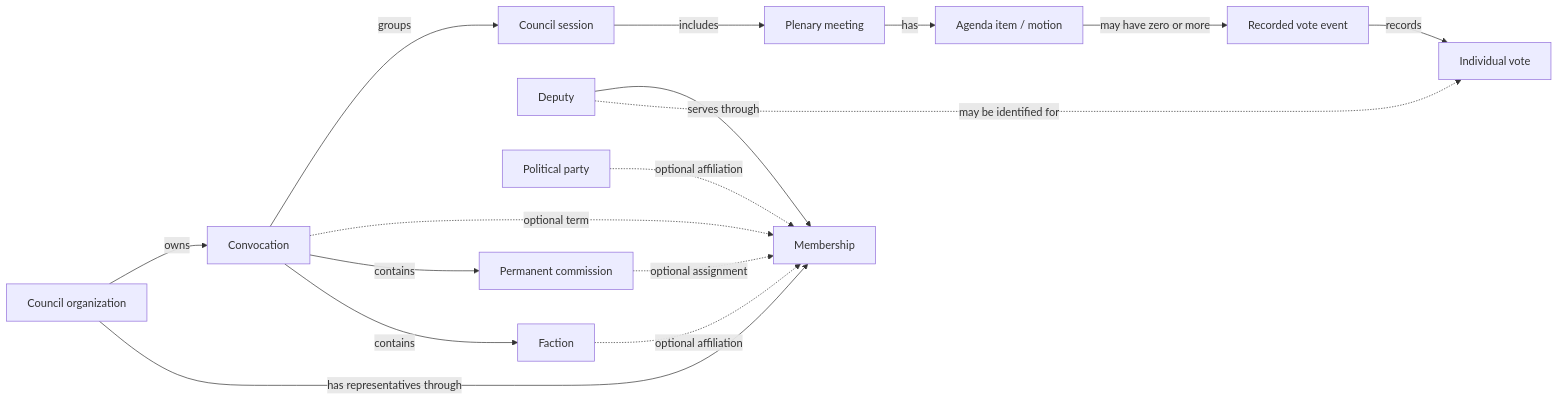
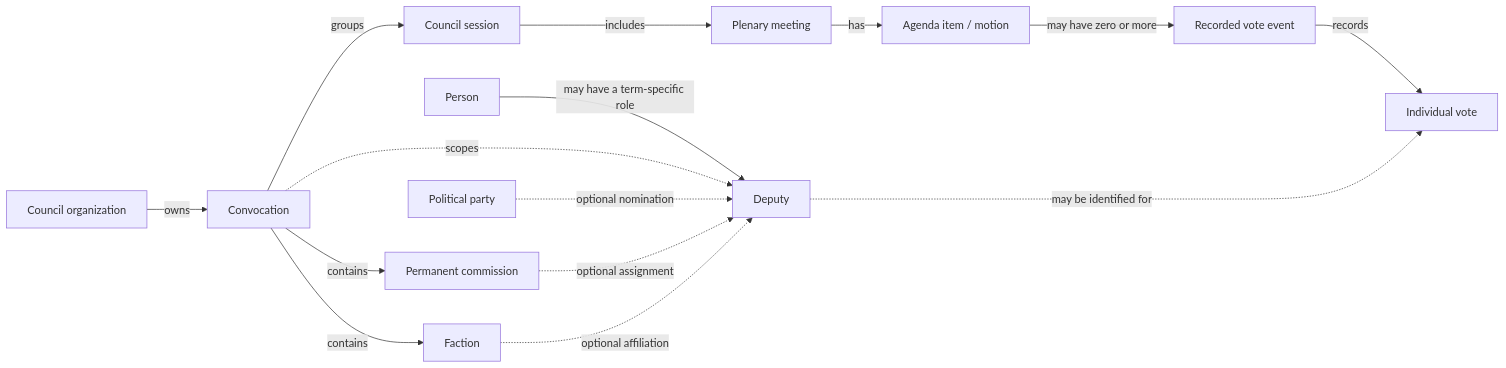
Before and after one commit to andriymiz/rada: the first of 2 diagrams in docs/architecture/meetings.md, drawn with Mermaid. The commit also changed other lines of this file and 31 other files, not shown here.

````diff
--- a/docs/architecture/meetings.md
+++ b/docs/architecture/meetings.md
@@ -11,31 +11,30 @@
 ```mermaid
 flowchart LR
     Organization[Council organization]
     Convocation[Convocation]
     Session[Council session]
     Meeting[Plenary meeting]
+    Person[Person]
     Deputy[Deputy]
-    Membership[Membership]
     Party[Political party]
     Commission[Permanent commission]
     Faction[Faction]
     Motion[Agenda item / motion]
     VoteEvent[Recorded vote event]
     Vote[Individual vote]
 
     Organization -->|owns| Convocation
     Convocation -->|groups| Session
     Session -->|includes| Meeting
-    Deputy -->|serves through| Membership
-    Organization -->|has representatives through| Membership
-    Convocation -. optional term .-> Membership
-    Party -. optional affiliation .-> Membership
-    Commission -. optional assignment .-> Membership
-    Faction -. optional affiliation .-> Membership
+    Person -->|may have a term-specific role| Deputy
+    Convocation -. scopes .-> Deputy
+    Party -. optional nomination .-> Deputy
+    Commission -. optional assignment .-> Deputy
+    Faction -. optional affiliation .-> Deputy
     Convocation -->|contains| Commission
     Convocation -->|contains| Faction
     Meeting -->|has| Motion
     Motion -->|may have zero or more| VoteEvent
     VoteEvent -->|records| Vote
     Deputy -. may be identified for .-> Vote
 ```
````
